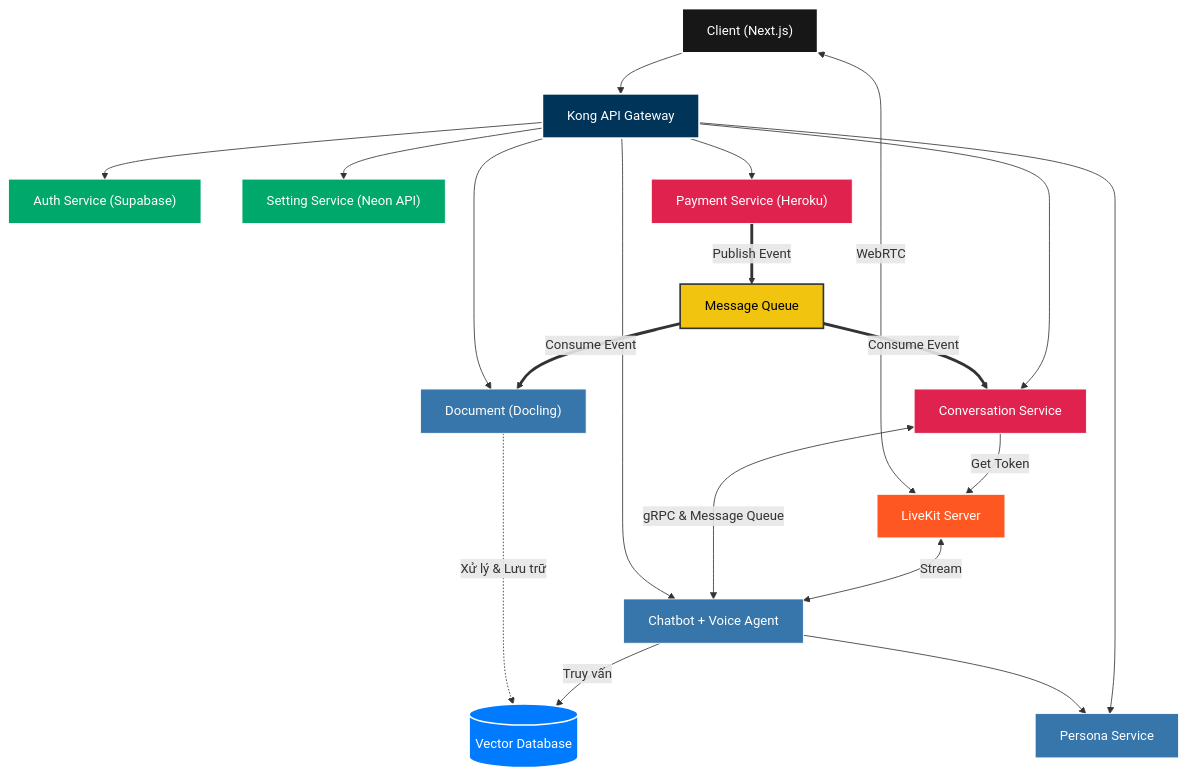
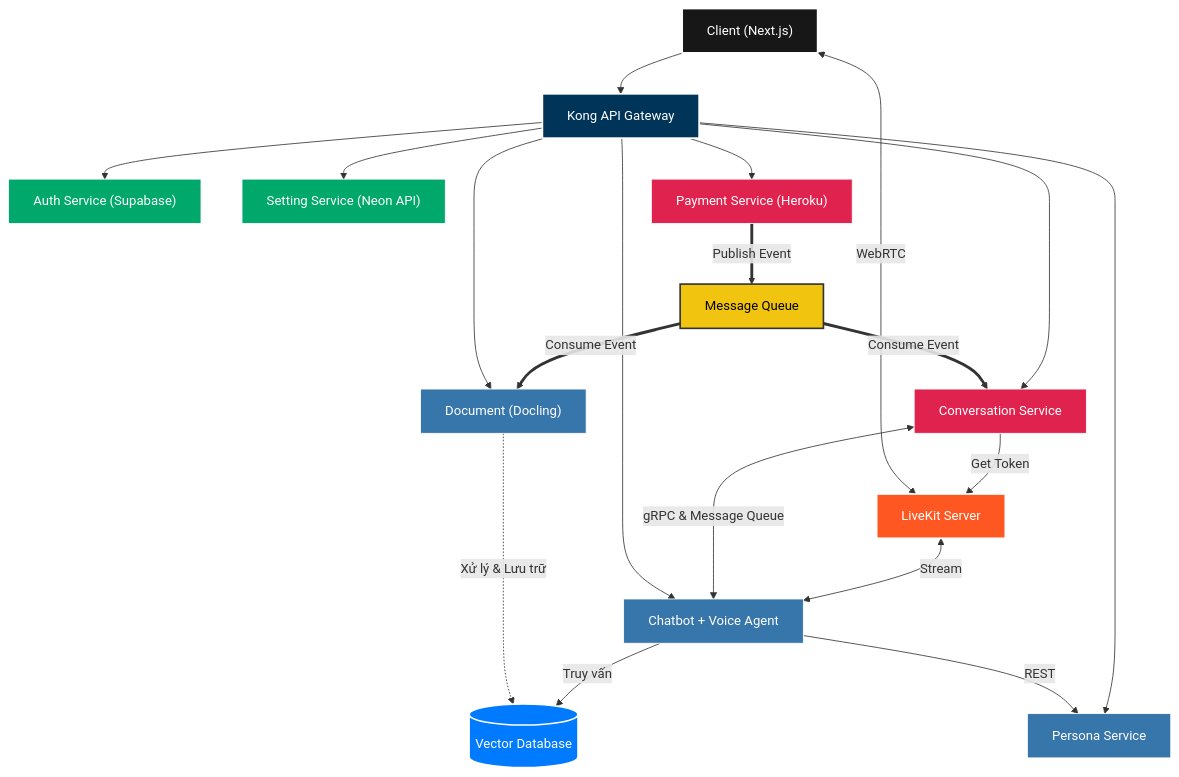
One commit to 20206205Tech/docs-markdown changed the diagram in docs/1. Tổng quan đề tài/1.2. Cơ sở lý thuyết/MSA.mmd. Above: the diagram before and after it, drawn with Mermaid. The commit also changed 1 other file, not shown here.

```diff
--- a/docs/1. Tổng quan đề tài/1.2. Cơ sở lý thuyết/MSA.mmd
+++ b/docs/1. Tổng quan đề tài/1.2. Cơ sở lý thuyết/MSA.mmd
@@ -1,56 +1,56 @@
 graph TB
 
     classDef client fill:#171717,stroke:#fff,stroke-width:2px,color:#fff;
     classDef gateway fill:#003459,stroke:#fff,stroke-width:2px,color:#fff;
     classDef external_svc fill:#00a86b,stroke:#fff,stroke-width:1px,color:#fff;
     classDef internal_nest fill:#e0234e,stroke:#fff,stroke-width:1px,color:#fff;
     classDef internal_python fill:#3776ab,stroke:#fff,stroke-width:1px,color:#fff;
     classDef vector_db fill:#007BFF,stroke:#fff,stroke-width:2px,color:#fff;
     classDef mq fill:#f1c40f,stroke:#333,stroke-width:2px,color:#000;
     classDef rtc fill:#ff5722,stroke:#fff,stroke-width:2px,color:#fff;
 
     Client["Client (Next.js)"]:::client
     Kong["Kong API Gateway"]:::gateway
 
     Auth["Auth Service (Supabase)"]:::external_svc
     Setting["Setting Service (Neon API)"]:::external_svc
     Payment["Payment Service (Heroku)"]:::internal_nest
 
     MQ["Message Queue"]:::mq
 
     LiveKit["LiveKit Server"]:::rtc
 
     Conv["Conversation Service"]:::internal_nest
     Persona["Persona Service"]:::internal_python
 
     Chatbot["Chatbot + Voice Agent"]:::internal_python
     Doc["Document (Docling)"]:::internal_python
 
     VectorDB[("Vector Database")]:::vector_db
 
     LiveKit <-->|Stream| Chatbot
     Conv -->|Get Token| LiveKit
 
     Client --> Kong
     Client <-->|WebRTC| LiveKit
 
     Kong --> Auth
     Kong --> Setting
     Kong --> Payment
     Kong --> Conv
     Kong --> Persona
 
     Conv <-->|gRPC & Message Queue| Chatbot
+    Chatbot -->|REST | Persona
 
-    Chatbot --> Persona
     Kong --> Chatbot
 
     Chatbot -->|Truy vấn| VectorDB
     Doc -.->|Xử lý & Lưu trữ| VectorDB
 
     Payment == Publish Event ==> MQ
     MQ == Consume Event ==> Conv
     MQ == Consume Event ==> Doc
 
 
     Kong --> Doc
```
